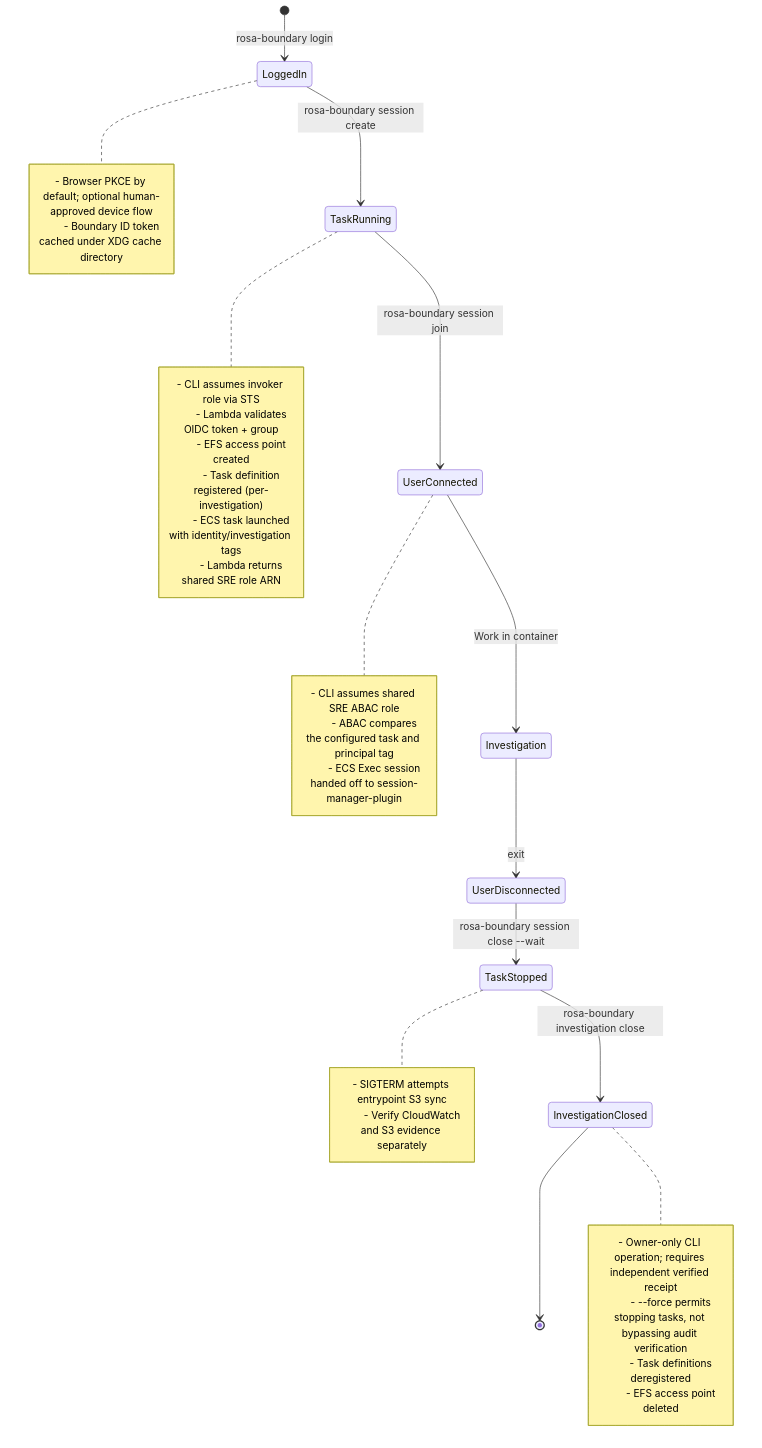
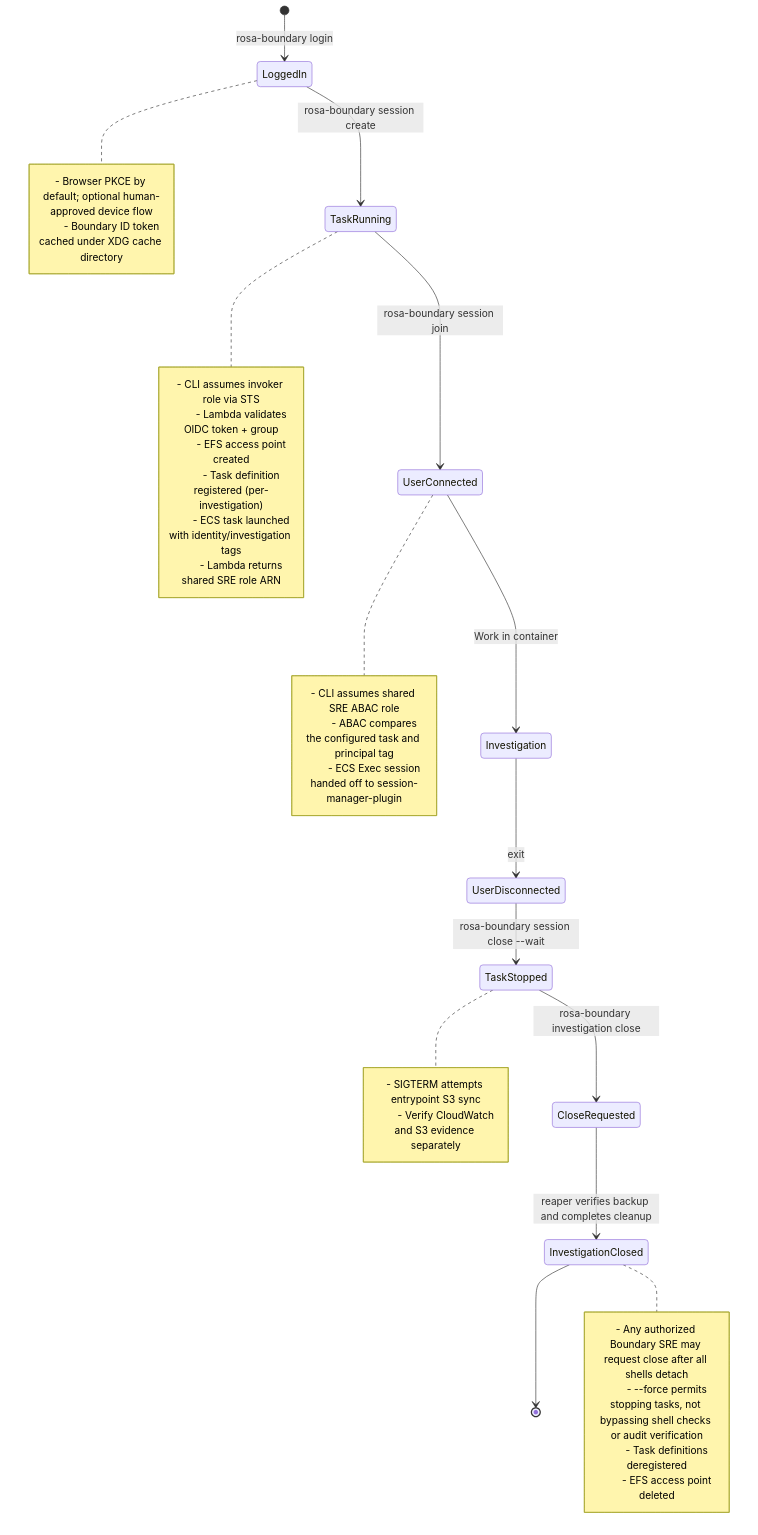
Before and after one commit to openshift-online/rosa-boundary: the diagram in docs/runbooks/investigation-workflow.md, drawn with Mermaid. The commit also changed other lines of this file and 26 other files, not shown here.

Commit message:
ROSAENG-76420: Reject investigation close while an SSM shell is attached

````diff
--- a/docs/runbooks/investigation-workflow.md
+++ b/docs/runbooks/investigation-workflow.md
@@ -15,43 +15,44 @@
 ```mermaid
 stateDiagram-v2
     [*] --> LoggedIn: rosa-boundary login
     LoggedIn --> TaskRunning: rosa-boundary session create
     TaskRunning --> UserConnected: rosa-boundary session join
     UserConnected --> Investigation: Work in container
     Investigation --> UserDisconnected: exit
     UserDisconnected --> TaskStopped: rosa-boundary session close --wait
-    TaskStopped --> InvestigationClosed: rosa-boundary investigation close
+    TaskStopped --> CloseRequested: rosa-boundary investigation close
+    CloseRequested --> InvestigationClosed: reaper verifies backup and completes cleanup
     InvestigationClosed --> [*]
 
     note right of LoggedIn
         - Browser PKCE by default; optional human-approved device flow
         - Boundary ID token cached under XDG cache directory
     end note
 
     note right of TaskRunning
         - CLI assumes invoker role via STS
         - Lambda validates OIDC token + group
         - EFS access point created
         - Task definition registered (per-investigation)
         - ECS task launched with identity/investigation tags
         - Lambda returns shared SRE role ARN
     end note
 
     note right of UserConnected
         - CLI assumes shared SRE ABAC role
         - ABAC compares the configured task and principal tag
         - ECS Exec session handed off to session-manager-plugin
     end note
 
     note right of TaskStopped
         - SIGTERM attempts entrypoint S3 sync
         - Verify CloudWatch and S3 evidence separately
     end note
 
     note right of InvestigationClosed
-        - Owner-only CLI operation; requires independent verified receipt
-        - --force permits stopping tasks, not bypassing audit verification
+        - Any authorized Boundary SRE may request close after all shells detach
+        - --force permits stopping tasks, not bypassing shell checks or audit verification
         - Task definitions deregistered
         - EFS access point deleted
     end note
 ```
````
